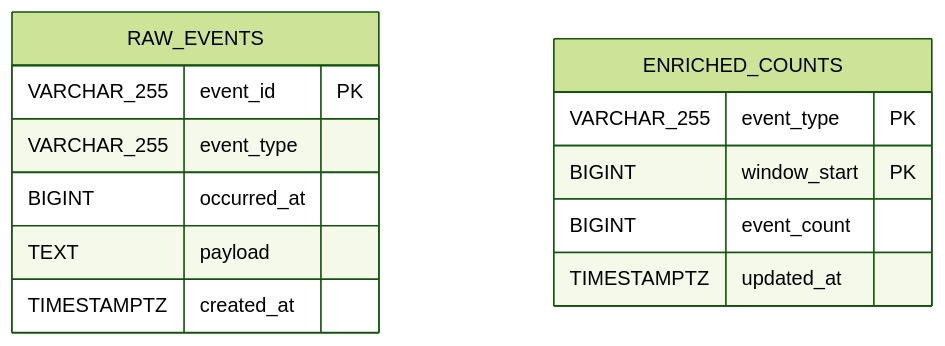
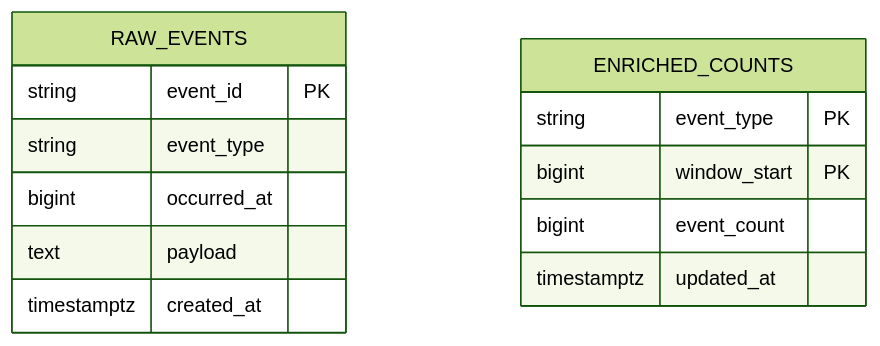
The third of 3 diagrams in README.md (Chief-Strategist-J/messaging-pipeline), drawn with Mermaid (forest theme) before and after one commit. The commit also changed other lines of this file, not shown here.

Commit message:
fix: resolve GitHub Mermaid rendering issue by flattening nested subgraphs

````diff
--- a/README.md
+++ b/README.md
@@ -185,17 +186,17 @@
 ```mermaid
 erDiagram
     RAW_EVENTS {
-        VARCHAR_255 event_id PK
-        VARCHAR_255 event_type
-        BIGINT occurred_at
-        TEXT payload
-        TIMESTAMPTZ created_at
+        string event_id PK
+        string event_type
+        bigint occurred_at
+        text payload
+        timestamptz created_at
     }
 
     ENRICHED_COUNTS {
-        VARCHAR_255 event_type PK
-        BIGINT window_start PK
-        BIGINT event_count
-        TIMESTAMPTZ updated_at
+        string event_type PK
+        bigint window_start PK
+        bigint event_count
+        timestamptz updated_at
     }
 ```
````
